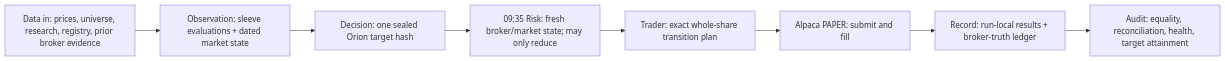
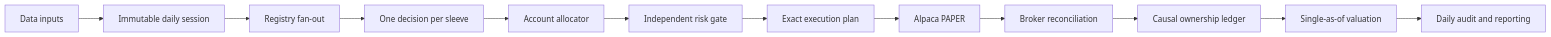
Before and after one commit to BigO2244/quant-daily-report: the first of 2 diagrams in docs/architecture/caerus_as_built_data_flow.md, drawn with Mermaid. The commit also changed other lines of this file and 34 other files, not shown here.

````diff
--- a/docs/architecture/caerus_as_built_data_flow.md
+++ b/docs/architecture/caerus_as_built_data_flow.md
@@ -20,12 +32,14 @@
 ```mermaid
 flowchart LR
-  I["Data in: prices, universe, research, registry, prior broker evidence"]
-  O["Observation: sleeve evaluations + dated market state"]
-  D["Decision: one sealed Orion target hash"]
-  R["09:35 Risk: fresh broker/market state; may only reduce"]
-  T["Trader: exact whole-share transition plan"]
-  B["Alpaca PAPER: submit and fill"]
-  C["Record: run-local results + broker-truth ledger"]
-  A["Audit: equality, reconciliation, health, target attainment"]
-  I --> O --> D --> R --> T --> B --> C --> A
+  I["Data inputs"] --> S["Immutable daily session"]
+  S --> F["Registry fan-out"]
+  F --> D["One decision per sleeve"]
+  D --> A["Account allocator"]
+  A --> R["Independent risk gate"]
+  R --> E["Exact execution plan"]
+  E --> B["Alpaca PAPER"]
+  B --> C["Broker reconciliation"]
+  C --> O["Causal ownership ledger"]
+  O --> V["Single-as-of valuation"]
+  V --> U["Daily audit and reporting"]
 ```
````
